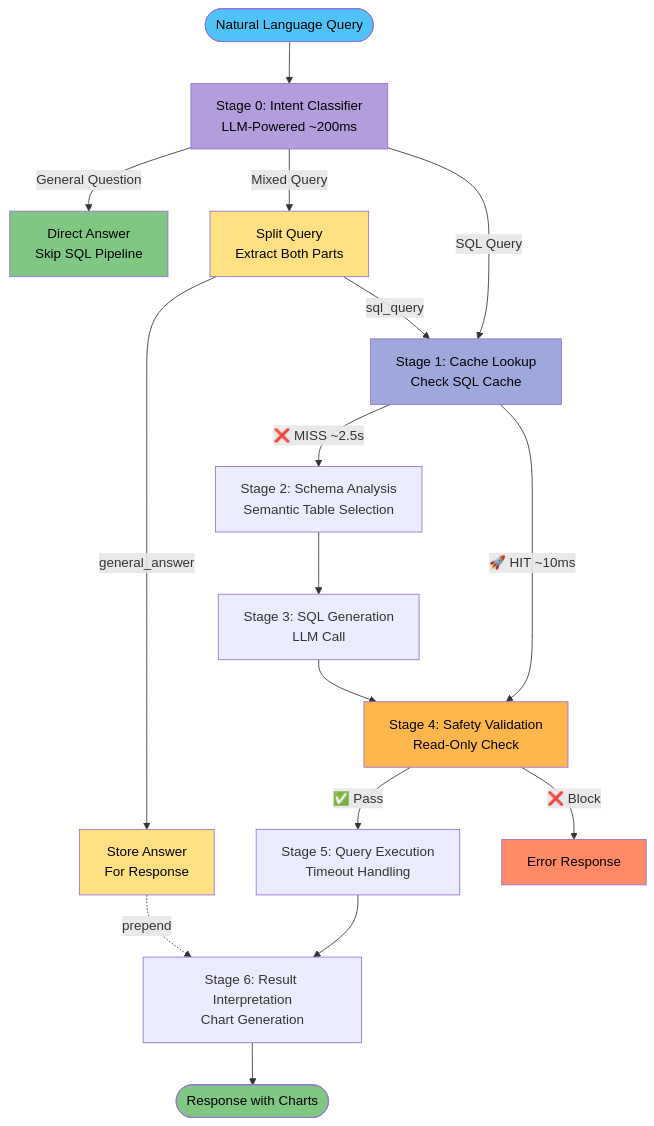
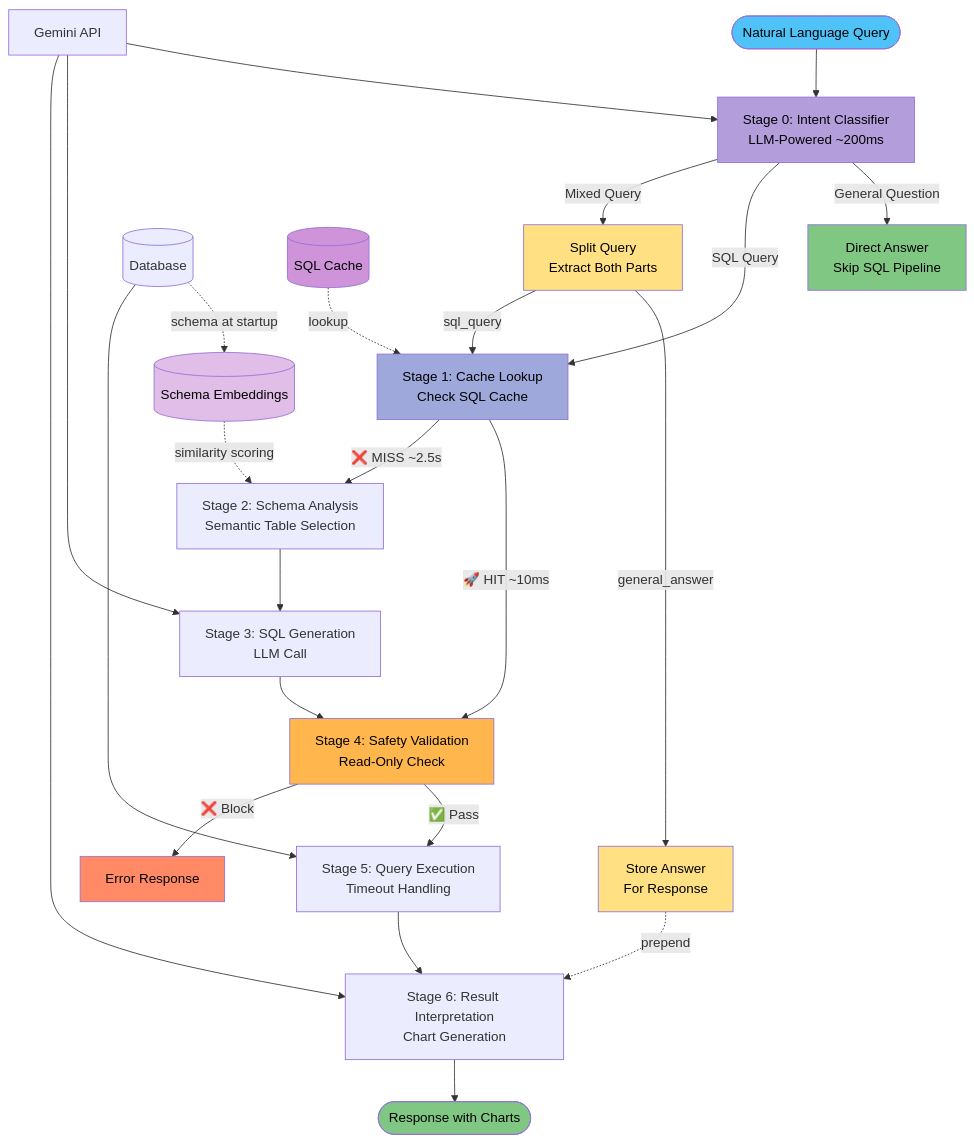
The diagram in README.md (keo571/netquery), drawn with Mermaid before and after one commit.

Commit message:
docs: Add Database, Schema Embeddings, SQL Cache, and Gemini API nodes
Restore infrastructure nodes showing data flow between:
- Database → Schema Embeddings (at startup)
- Schema Embeddings → Schema Analysis (similarity scoring)
- SQL Cache → Cache Lookup
- Gemini API → Intent Classifier, SQL Generation, Interpretation
- Database → Query Execution

🤖 Generated with [Claude Code](https://claude.com/claude-code)

````diff
--- a/README.md
+++ b/README.md
@@ -9,31 +9,41 @@
 ```mermaid
 flowchart TD
     A([Natural Language Query]) --> IC[Stage 0: Intent Classifier<br/>LLM-Powered ~200ms]
     IC -->|General Question| GA[Direct Answer<br/>Skip SQL Pipeline]
     IC -->|SQL Query| CL[Stage 1: Cache Lookup<br/>Check SQL Cache]
     IC -->|Mixed Query| SPLIT[Split Query<br/>Extract Both Parts]
 
     SPLIT -->|general_answer| STORE[Store Answer<br/>For Response]
     SPLIT -->|sql_query| CL
 
     CL -->|🚀 HIT ~10ms| V[Stage 4: Safety Validation<br/>Read-Only Check]
     CL -->|❌ MISS ~2.5s| B[Stage 2: Schema Analysis<br/>Semantic Table Selection]
 
     B --> C[Stage 3: SQL Generation<br/>LLM Call]
     C --> V
     V -->|✅ Pass| E[Stage 5: Query Execution<br/>Timeout Handling]
     V -->|❌ Block| H[Error Response]
     E --> F[Stage 6: Result Interpretation<br/>Chart Generation]
     STORE -.->|prepend| F
     F --> G([Response with Charts])
 
+    DB[(Database)] -.->|schema at startup| SCHEMA_CACHE
+    SCHEMA_CACHE[(Schema Embeddings)] -.->|similarity scoring| B
+    SQL_CACHE[(SQL Cache)] -.->|lookup| CL
+    LLM[Gemini API] --> IC
+    LLM --> C
+    LLM --> F
+    DB --> E
+
     style A fill:#4FC3F7,color:#000
     style IC fill:#B39DDB,color:#000
     style CL fill:#9FA8DA,color:#000
     style G fill:#81C784,color:#000
     style GA fill:#81C784,color:#000
     style H fill:#FF8A65,color:#000
     style V fill:#FFB74D,color:#000
     style SPLIT fill:#FFE082,color:#000
     style STORE fill:#FFE082,color:#000
+    style SCHEMA_CACHE fill:#E1BEE7,color:#000
+    style SQL_CACHE fill:#CE93D8,color:#000
 ```
````
